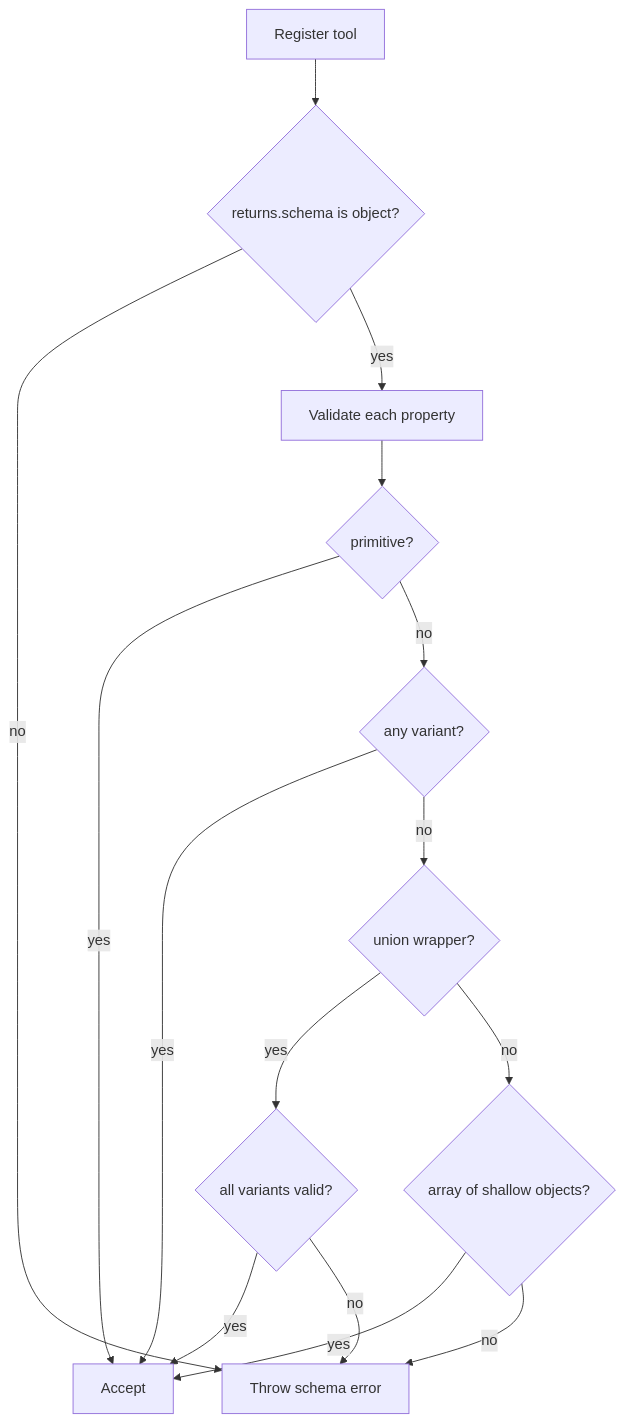
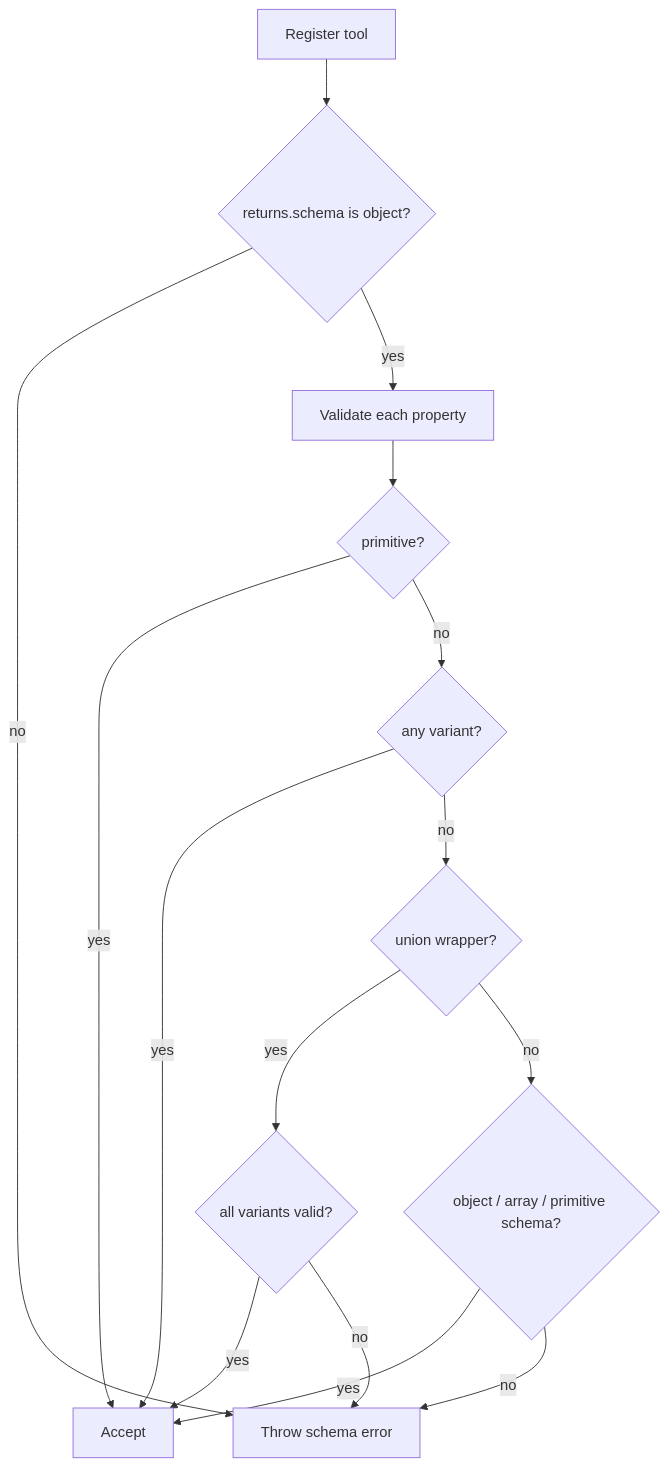
Before and after one commit to ex3ndr/daycare: the diagram in doc/internals/tool-return-contracts-any-variant.md, drawn with Mermaid. The commit also changed other lines of this file and 13 other files, not shown here.

Commit message:
feat(daycare): support deep tool return schemas

````diff
--- a/doc/internals/tool-return-contracts-any-variant.md
+++ b/doc/internals/tool-return-contracts-any-variant.md
@@ -19,17 +20,17 @@
 ```mermaid
 flowchart TD
     A[Register tool] --> B{returns.schema is object?}
     B -- no --> X[Throw schema error]
     B -- yes --> C[Validate each property]
     C --> D{primitive?}
     D -- yes --> OK[Accept]
     D -- no --> E{any variant?}
     E -- yes --> OK
     E -- no --> U{union wrapper?}
     U -- yes --> V{all variants valid?}
     V -- yes --> OK
     V -- no --> X
-    U -- no --> F{array of shallow objects?}
+    U -- no --> F{object / array / primitive schema?}
     F -- yes --> OK
     F -- no --> X
 ```
````
